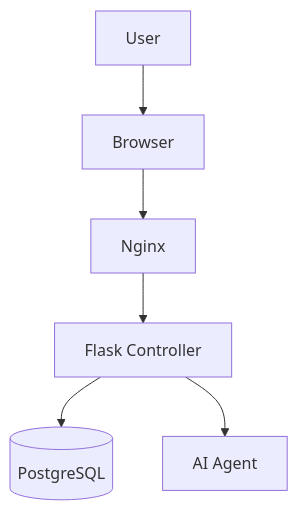
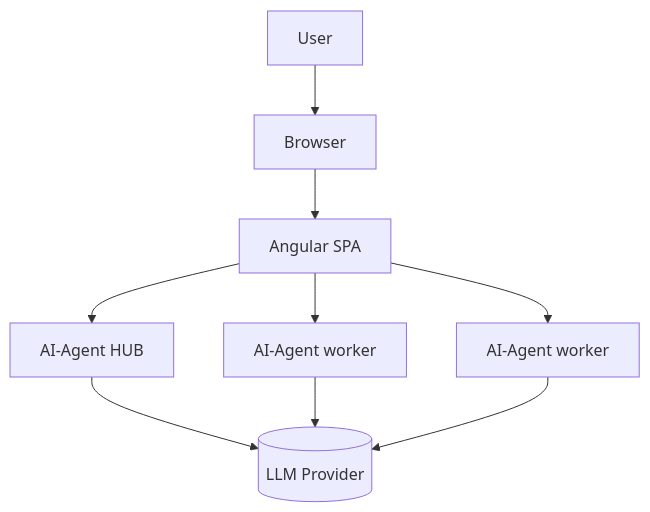
One commit to ananta888/ananta changed the diagram in architektur/uml/deployment-diagram.mmd. Above: the diagram before and after it, drawn with Mermaid. The commit also changed 4 other files, not shown here.

First line of the commit message:
Update architecture diagrams to reflect new Angular-based SPA and Hub-worker model

```diff
--- a/architektur/uml/deployment-diagram.mmd
+++ b/architektur/uml/deployment-diagram.mmd
@@ -1,7 +1,10 @@
 
 graph TD
   User[User] --> Browser[Browser]
-  Browser --> Nginx[Nginx]
-  Nginx --> Controller[Flask Controller]
-  Controller --> DB[(PostgreSQL)]
-  Controller --> Agent[AI Agent]
+  Browser --> Angular[Angular SPA]
+  Angular --> Hub[AI-Agent HUB]
+  Angular --> Worker1[AI-Agent worker]
+  Angular --> Worker2[AI-Agent worker]
+  Hub --> LLM[(LLM Provider)]
+  Worker1 --> LLM
+  Worker2 --> LLM
```
